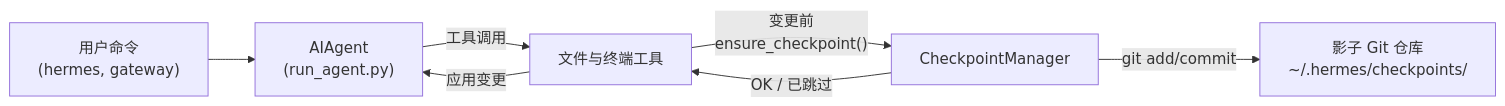
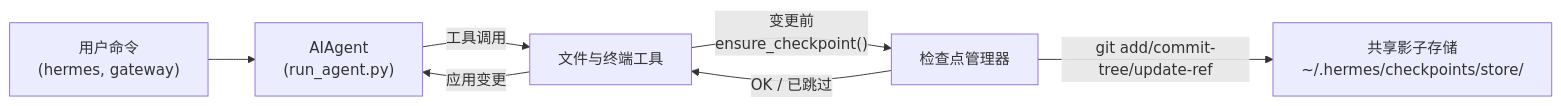
One commit to dracohu2025-cloud/hermes-agent changed the diagram in site/docs/user-guide/checkpoints-and-rollback.md. Above: the diagram before and after it, drawn with Mermaid. The commit also changed other lines of this file and 597 other files, not shown here.

````diff
--- a/site/docs/user-guide/checkpoints-and-rollback.md
+++ b/site/docs/user-guide/checkpoints-and-rollback.md
@@ -43,15 +73,15 @@
 ```mermaid
 flowchart LR
   user["用户命令\n(hermes, gateway)"]
   agent["AIAgent\n(run_agent.py)"]
   tools["文件与终端工具"]
-  cpMgr["CheckpointManager"]
-  shadowRepo["影子 Git 仓库\n~/.hermes/checkpoints/<hash>"]
+  cpMgr["检查点管理器"]
+  store["共享影子存储\n~/.hermes/checkpoints/store/"]
 
   user --> agent
   agent -->|"工具调用"| tools
   tools -->|"变更前\nensure_checkpoint()"| cpMgr
-  cpMgr -->|"git add/commit"| shadowRepo
+  cpMgr -->|"git add/commit-tree/update-ref"| store
   cpMgr -->|"OK / 已跳过"| tools
   tools -->|"应用变更"| agent
 ```
````
